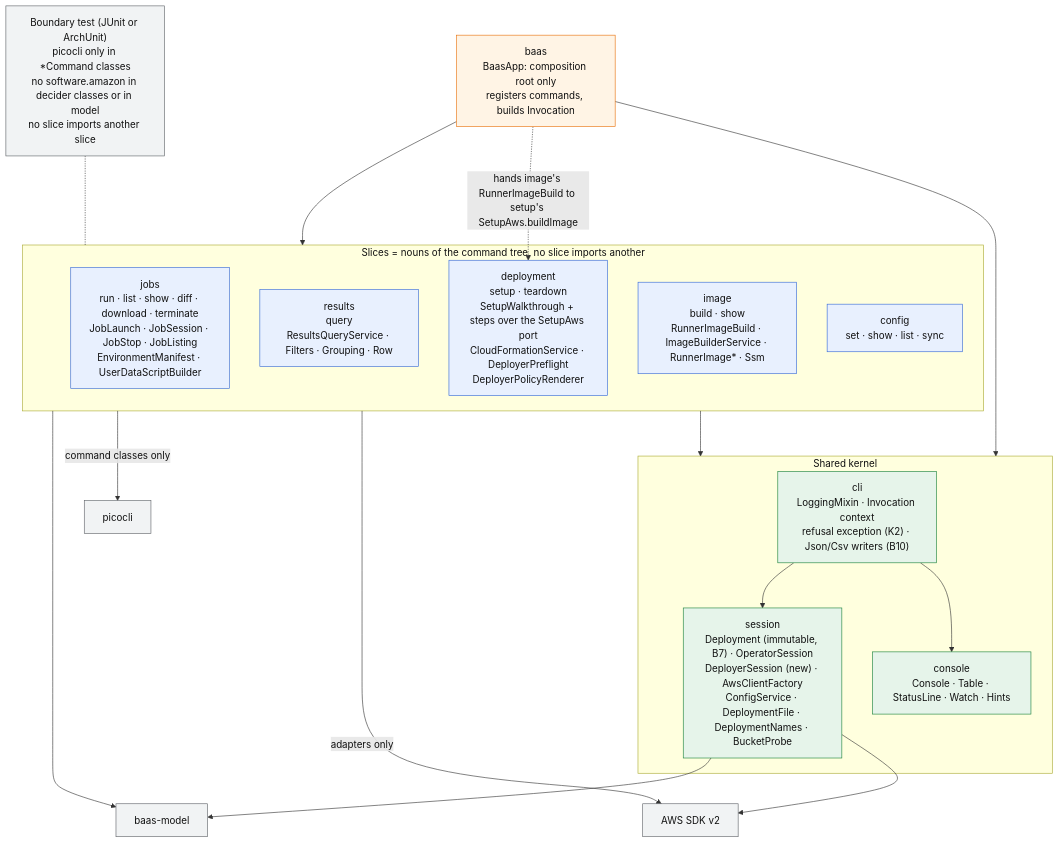
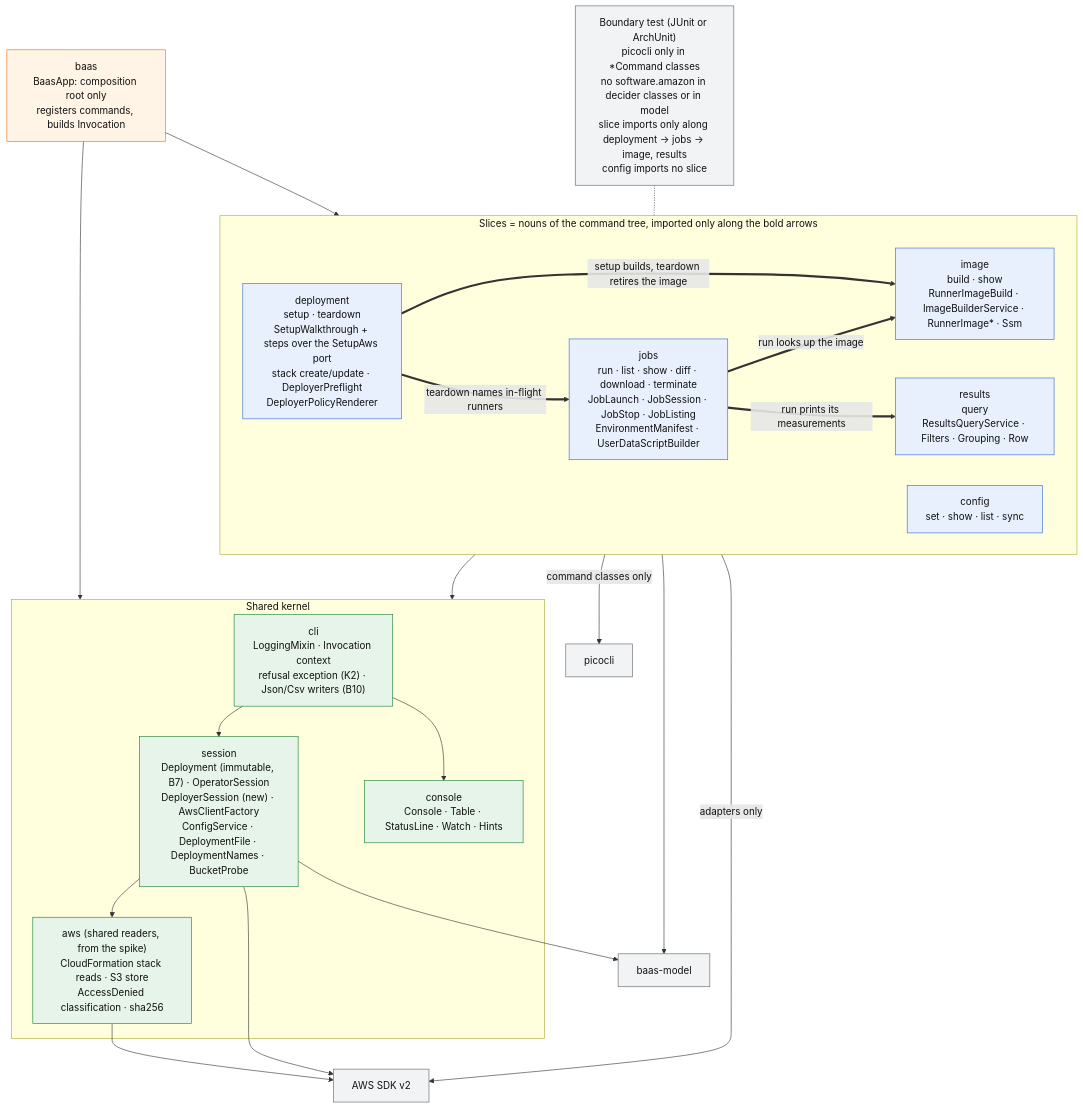
The diagram in docs/review/2026-10-13-codebase-review/diagrams/target-packages.mmd (wsztajerowski/benchmark-as-a-service), drawn with Mermaid before and after one commit.

Commit message:
docs(review): draw the amended slice order and the kernel's AWS readers
Claude-Session: https://claude.ai/code/session_012qwSKjVyV4sMkZroYKGFwS

```diff
--- a/docs/review/2026-10-13-codebase-review/diagrams/target-packages.mmd
+++ b/docs/review/2026-10-13-codebase-review/diagrams/target-packages.mmd
@@ -1,41 +1,47 @@
 %% Target: baas-cli as vertical slices by noun over a small shared kernel. Arrows are the only allowed imports.
 flowchart TB
   classDef root fill:#fff4e5,stroke:#e8710a,color:#111
   classDef slice fill:#e8f0fe,stroke:#3367d6,color:#111
   classDef kernel fill:#e6f4ea,stroke:#188038,color:#111
   classDef ext fill:#f1f3f4,stroke:#5f6368,color:#111
 
   APP["baas<br/>BaasApp: composition root only<br/>registers commands, builds Invocation"]:::root
 
-  subgraph SLICES["Slices = nouns of the command tree, no slice imports another"]
+  subgraph SLICES["Slices = nouns of the command tree, imported only along the bold arrows"]
     JOBS["jobs<br/>run · list · show · diff · download · terminate<br/>JobLaunch · JobSession · JobStop · JobListing<br/>EnvironmentManifest · UserDataScriptBuilder"]:::slice
     RES["results<br/>query<br/>ResultsQueryService · Filters · Grouping · Row"]:::slice
-    DEP["deployment<br/>setup · teardown<br/>SetupWalkthrough + steps over the SetupAws port<br/>CloudFormationService · DeployerPreflight<br/>DeployerPolicyRenderer"]:::slice
+    DEP["deployment<br/>setup · teardown<br/>SetupWalkthrough + steps over the SetupAws port<br/>stack create/update · DeployerPreflight<br/>DeployerPolicyRenderer"]:::slice
     IMG["image<br/>build · show<br/>RunnerImageBuild · ImageBuilderService · RunnerImage* · Ssm"]:::slice
     CFG["config<br/>set · show · list · sync"]:::slice
   end
 
   subgraph KERNEL["Shared kernel"]
     CLIK["cli<br/>LoggingMixin · Invocation context<br/>refusal exception (K2) · Json/Csv writers (B10)"]:::kernel
     SES["session<br/>Deployment (immutable, B7) · OperatorSession<br/>DeployerSession (new) · AwsClientFactory<br/>ConfigService · DeploymentFile · DeploymentNames · BucketProbe"]:::kernel
+    AWSK["aws (shared readers, from the spike)<br/>CloudFormation stack reads · S3 store<br/>AccessDenied classification · sha256"]:::kernel
     CON["console<br/>Console · Table · StatusLine · Watch · Hints"]:::kernel
   end
 
   MODEL["baas-model"]:::ext
   SDK["AWS SDK v2"]:::ext
   PICO["picocli"]:::ext
 
   APP --> SLICES
   APP --> KERNEL
   SLICES --> KERNEL
   SLICES --> MODEL
   CLIK --> CON
   CLIK --> SES
+  SES --> AWSK
+  AWSK --> SDK
   SES --> MODEL
   SES --> SDK
   SLICES -->|"adapters only"| SDK
   SLICES -->|"command classes only"| PICO
-  APP -.->|"hands image's RunnerImageBuild to setup's SetupAws.buildImage"| DEP
+  DEP ==>|"setup builds, teardown retires the image"| IMG
+  DEP ==>|"teardown names in-flight runners"| JOBS
+  JOBS ==>|"run looks up the image"| IMG
+  JOBS ==>|"run prints its measurements"| RES
 
-  RULES["Boundary test (JUnit or ArchUnit)<br/>picocli only in *Command classes<br/>no software.amazon in decider classes or in model<br/>no slice imports another slice"]:::ext
+  RULES["Boundary test (JUnit or ArchUnit)<br/>picocli only in *Command classes<br/>no software.amazon in decider classes or in model<br/>slice imports only along deployment → jobs → image, results<br/>config imports no slice"]:::ext
   RULES -.- SLICES
```
